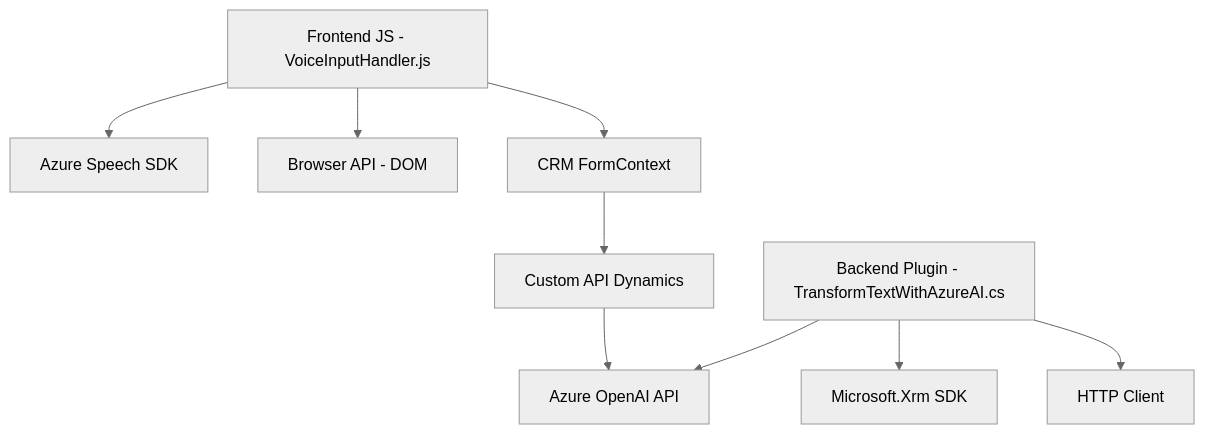
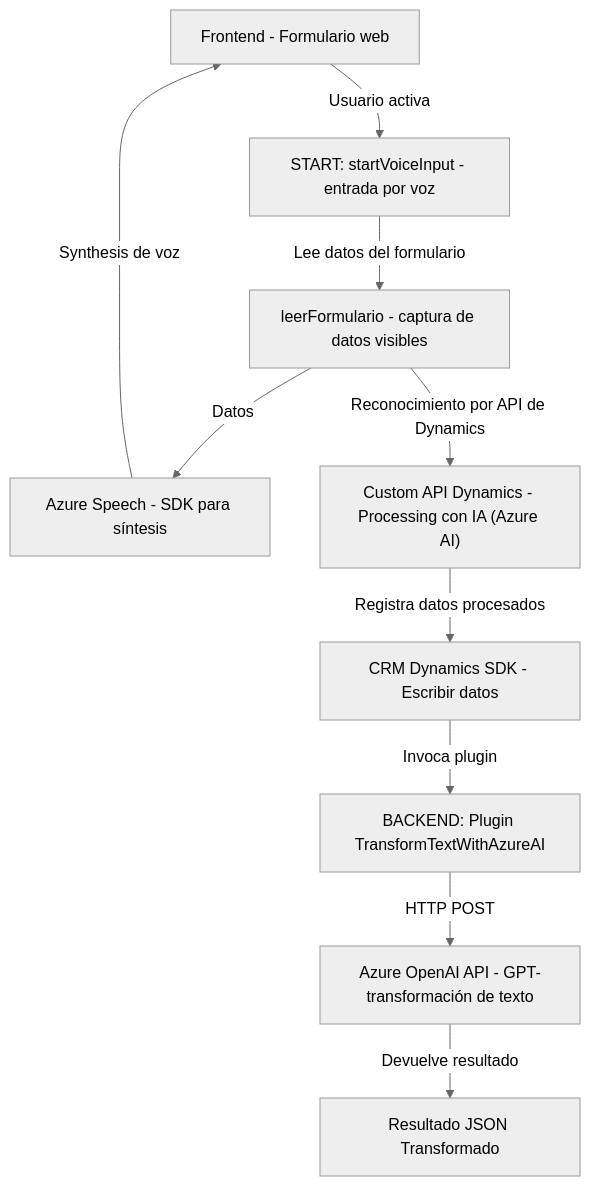
One commit to blopezdm/NETCORE_BILBAO2025 changed the diagram in README.md. Above: the diagram before and after it, drawn with Mermaid (neutral theme). The commit also changed other lines of this file, not shown here.

Commit message:
Actualizar análisis global de la solución con IA

````diff
--- a/README.md
+++ b/README.md
@@ -44,12 +63,22 @@
 ```mermaid
 graph TD
-A["Frontend JS - VoiceInputHandler.js"] --> B["Azure Speech SDK"]
-A --> C["Browser API - DOM"]
-A --> D["CRM FormContext"]
-D --> E["Custom API Dynamics"]
-E --> F["Azure OpenAI API"]
+    A["Frontend - Formulario web"]
+    B["START: startVoiceInput - entrada por voz"]
+    C["leerFormulario - captura de datos visibles"]
+    D["Azure Speech - SDK para síntesis"]
+    E["Custom API Dynamics - Processing con IA (Azure AI)"]
+    F["CRM Dynamics SDK - Escribir datos"]
+    G["BACKEND: Plugin TransformTextWithAzureAI"]
+    H["Azure OpenAI API - GPT-transformación de texto"]
+    I["Resultado JSON Transformado"]
 
-G["Backend Plugin - TransformTextWithAzureAI.cs"] --> F
-G --> H["Microsoft.Xrm SDK"]
-G --> I["HTTP Client"]
+    A -->|Usuario activa| B
+    B -->|Lee datos del formulario| C
+    C -->|Datos| D
+    D -->|Synthesis de voz| A
+    C -->|Reconocimiento por API de Dynamics| E
+    E -->|Registra datos procesados| F
+    F -->|Invoca plugin| G
+    G -->|HTTP POST| H
+    H -->|Devuelve resultado| I
 ```
````
